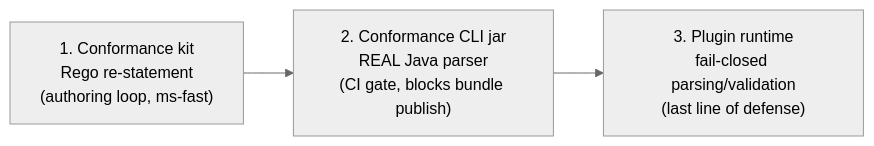
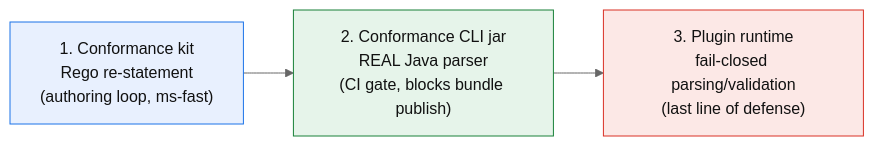
The third of 5 diagrams in docs/ARCHITECTURE.md (wpunit13/trino-opa-access-control), drawn with Mermaid (neutral theme) before and after one commit. The commit also changed other lines of this file and 1 other file, not shown here.

Commit message:
ARCHITECTURE.md visualization changes.

````diff
--- a/docs/ARCHITECTURE.md
+++ b/docs/ARCHITECTURE.md
@@ -112,5 +122,11 @@
 ```mermaid
 graph LR
+classDef loop fill:#E8F0FE,stroke:#1A73E8,color:#111111
+classDef gate fill:#E6F4EA,stroke:#188038,color:#111111
+classDef runtime fill:#FCE8E6,stroke:#D93025,color:#111111
     A["1. Conformance kit<br/>Rego re-statement<br/>(authoring loop, ms-fast)"] --> B["2. Conformance CLI jar<br/>REAL Java parser<br/>(CI gate, blocks bundle publish)"]
     B --> C["3. Plugin runtime<br/>fail-closed parsing/validation<br/>(last line of defense)"]
+    class A loop
+    class B gate
+    class C runtime
 ```
````
